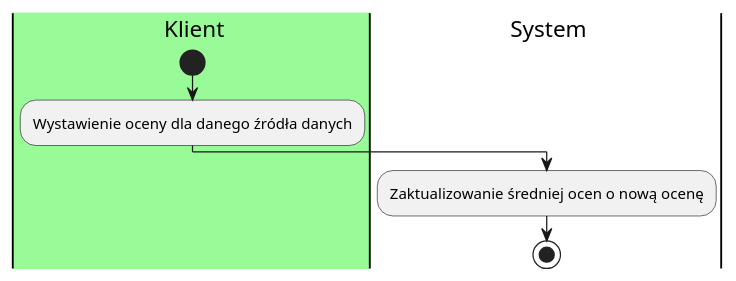
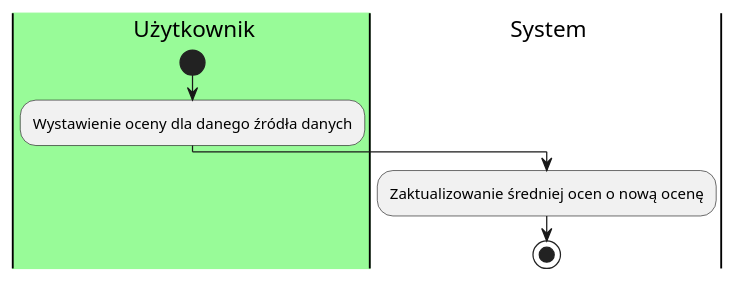
One commit to aleksanderpiluk/IWO changed the diagram in dokumentacja/specyfikacja.wymagan/2.opis.biznesu/procesy.biznesowe/procesy/PB0010.puml. Above: the diagram before and after it, drawn with PlantUML. The commit also changed 1 other file, not shown here.

Commit message:
Uzytkownik zamiast klient

```diff
--- a/dokumentacja/specyfikacja.wymagan/2.opis.biznesu/procesy.biznesowe/procesy/PB0010.puml
+++ b/dokumentacja/specyfikacja.wymagan/2.opis.biznesu/procesy.biznesowe/procesy/PB0010.puml
@@ -1,12 +1,12 @@
 @startuml
 
-|#palegreen|k| Klient
+|#palegreen|u| Użytkownik
 |s| System
-|k|
+|u|
 start
 :Wystawienie oceny dla danego źródła danych;
 |s|
 :Zaktualizowanie średniej ocen o nową ocenę;
 
 stop
 @enduml
```
